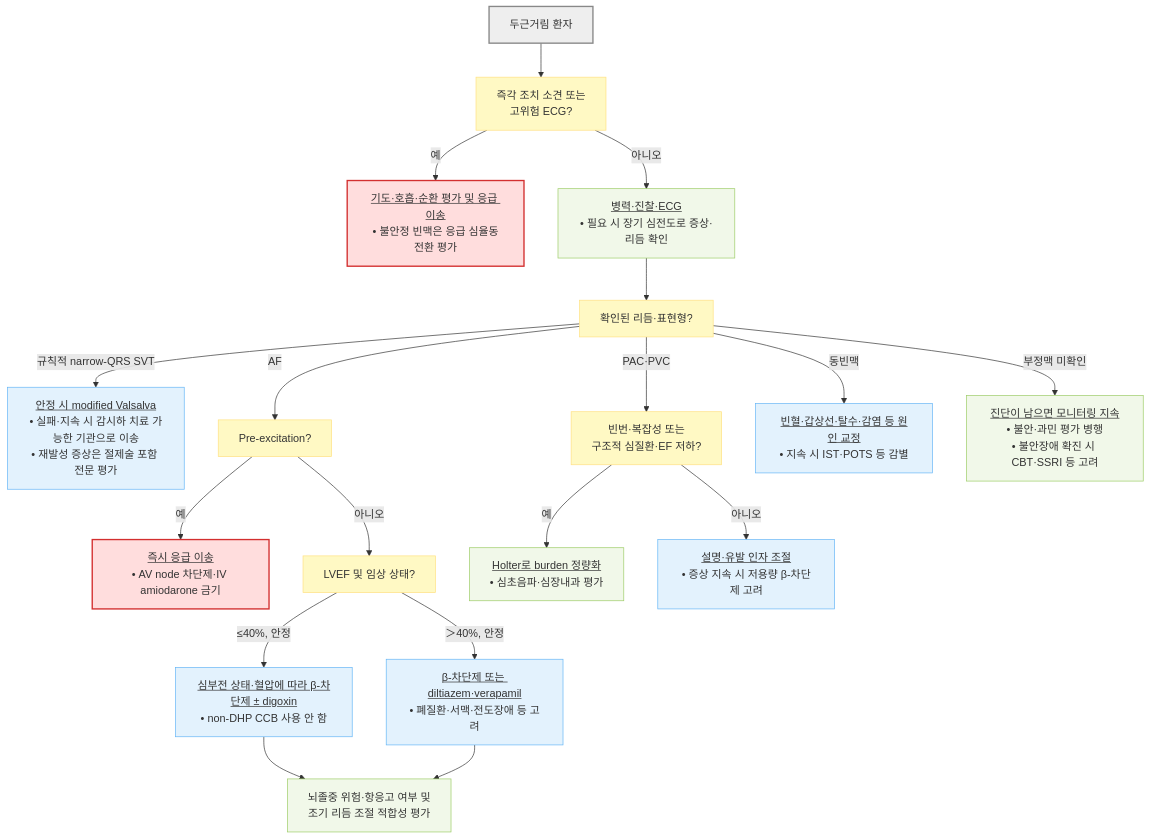
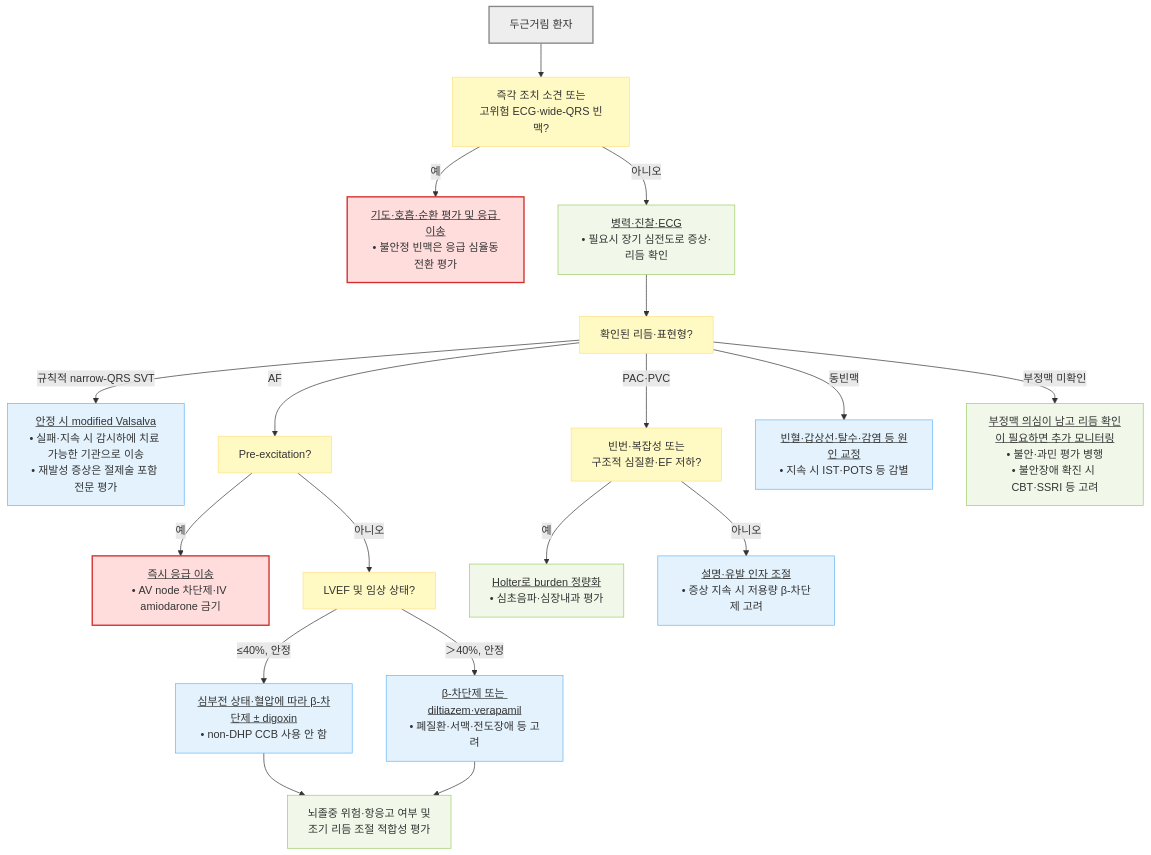
Before and after one commit to familyoh77/familyoh77: the diagram in 220_/009_-palpitation.md, drawn with Mermaid. The commit also changed other lines of this file, not shown here.

````diff
--- a/220_/009_-palpitation.md
+++ b/220_/009_-palpitation.md
@@ -206,31 +212,31 @@
 ```mermaid
 flowchart TD
-    Start["두근거림 환자"] --> EmergencyQ["즉각 조치 소견 또는<br/>고위험 ECG?"]
+    Start["두근거림 환자"] --> EmergencyQ["즉각 조치 소견 또는<br/>고위험 ECG·wide-QRS 빈맥?"]
     EmergencyQ -- "예" --> Emergency["<u>기도·호흡·순환 평가 및 응급 이송</u><br/>• 불안정 빈맥은 응급 심율동전환 평가"]
-    EmergencyQ -- "아니오" --> Assess["<u>병력·진찰·ECG</u><br/>• 필요 시 장기 심전도로 증상·리듬 확인"]
+    EmergencyQ -- "아니오" --> Assess["<u>병력·진찰·ECG</u><br/>• 필요시 장기 심전도로 증상·리듬 확인"]
     Assess --> Rhythm["확인된 리듬·표현형?"]
-    Rhythm -- "규칙적 narrow-QRS SVT" --> Vagal["<u>안정 시 modified Valsalva</u><br/>• 실패·지속 시 감시하 치료 가능한 기관으로 이송<br/>• 재발성 증상은 절제술 포함 전문 평가"]
+    Rhythm -- "규칙적 narrow-QRS SVT" --> Vagal["<u>안정 시 modified Valsalva</u><br/>• 실패·지속 시 감시하에 치료 가능한 기관으로 이송<br/>• 재발성 증상은 절제술 포함 전문 평가"]
     Rhythm -- "AF" --> PreEx["Pre-excitation?"]
     PreEx -- "예" --> WPW["<u>즉시 응급 이송</u><br/>• AV node 차단제·IV amiodarone 금기"]
     PreEx -- "아니오" --> EF["LVEF 및 임상 상태?"]
     EF -- "≤40%, 안정" --> AFhf["<u>심부전 상태·혈압에 따라 β-차단제 ± digoxin</u><br/>• non-DHP CCB 사용 안 함"]
     EF -- "＞40%, 안정" --> AFnormal["<u>β-차단제 또는 diltiazem·verapamil</u><br/>• 폐질환·서맥·전도장애 등 고려"]
     AFhf --> Stroke["뇌졸중 위험·항응고 여부 및<br/>조기 리듬 조절 적합성 평가"]
     AFnormal --> Stroke
     Rhythm -- "PAC·PVC" --> Burden["빈번·복잡성 또는<br/>구조적 심질환·EF 저하?"]
     Burden -- "예" --> Refer["<u>Holter로 burden 정량화</u><br/>• 심초음파·심장내과 평가"]
     Burden -- "아니오" --> Reassure["<u>설명·유발 인자 조절</u><br/>• 증상 지속 시 저용량 β-차단제 고려"]
     Rhythm -- "동빈맥" --> Sinus["<u>빈혈·갑상선·탈수·감염 등 원인 교정</u><br/>• 지속 시 IST·POTS 등 감별"]
-    Rhythm -- "부정맥 미확인" --> Other["<u>진단이 남으면 모니터링 지속</u><br/>• 불안·과민 평가 병행<br/>• 불안장애 확진 시 CBT·SSRI 등 고려"]
+    Rhythm -- "부정맥 미확인" --> Other["<u>부정맥 의심이 남고 리듬 확인이 필요하면 추가 모니터링</u><br/>• 불안·과민 평가 병행<br/>• 불안장애 확진 시 CBT·SSRI 등 고려"]
 
     classDef start fill:#eeeeee,stroke:#888888,stroke-width:2px
     classDef question fill:#fff9c4,stroke:#ffe082
     classDef emergency fill:#ffdddd,stroke:#d32f2f,stroke-width:2px
     classDef evaluation fill:#f1f8e9,stroke:#9ccc65
     classDef treatment fill:#e3f2fd,stroke:#64b5f6
     class Start start
     class EmergencyQ,Rhythm,PreEx,EF,Burden question
     class Emergency,WPW emergency
     class Assess,Stroke,Refer,Other evaluation
     class Vagal,AFhf,AFnormal,Reassure,Sinus treatment
 ```
````
